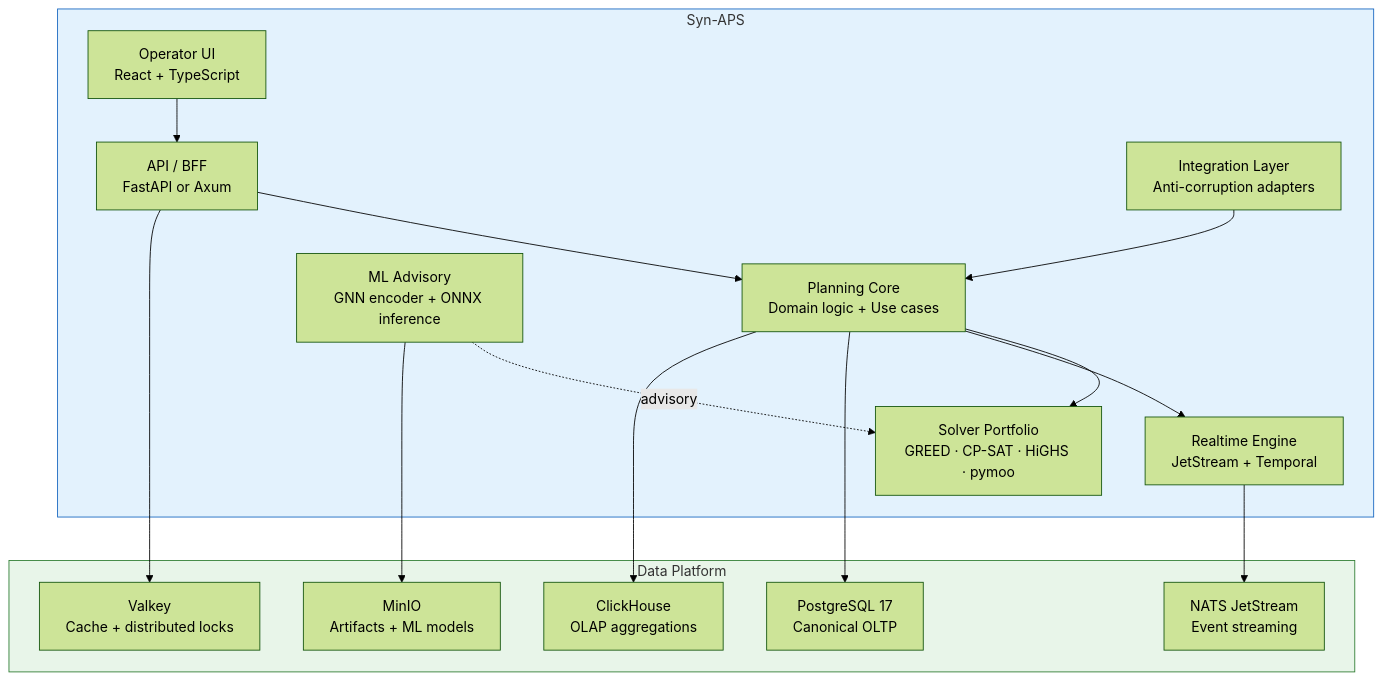
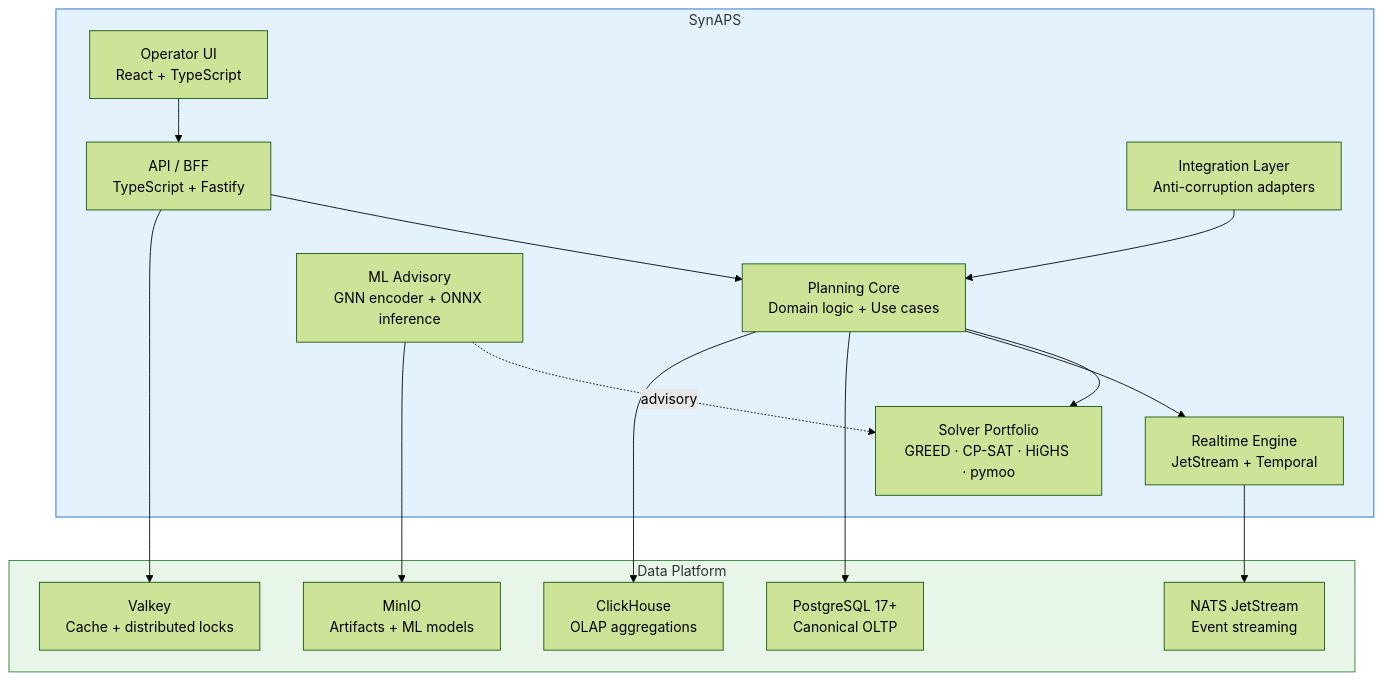
One commit to KonkovDV/SynAPS changed the second of 3 diagrams in docs/architecture/01_OVERVIEW.md. Above: the diagram before and after it, drawn with Mermaid (forest theme). The commit also changed other lines of this file and 174 other files, not shown here.

````diff
--- a/docs/architecture/01_OVERVIEW.md
+++ b/docs/architecture/01_OVERVIEW.md
@@ -45,35 +45,35 @@
 ```mermaid
 graph TB
-    subgraph SynAPS["Syn-APS"]
+    subgraph SynAPS["SynAPS"]
         UI["Operator UI<br/>React + TypeScript"]
-        BFF["API / BFF<br/>FastAPI or Axum"]
+        BFF["API / BFF<br/>TypeScript + Fastify"]
         CORE["Planning Core<br/>Domain logic + Use cases"]
         OPT["Solver Portfolio<br/>GREED · CP-SAT · HiGHS · pymoo"]
         RT["Realtime Engine<br/>JetStream + Temporal"]
         INT["Integration Layer<br/>Anti-corruption adapters"]
         ML["ML Advisory<br/>GNN encoder + ONNX inference"]
     end
 
     subgraph Data["Data Platform"]
-        PG["PostgreSQL 17<br/>Canonical OLTP"]
+        PG["PostgreSQL 17+<br/>Canonical OLTP"]
         CH["ClickHouse<br/>OLAP aggregations"]
         NATS["NATS JetStream<br/>Event streaming"]
         CACHE["Valkey<br/>Cache + distributed locks"]
         OBJ["MinIO<br/>Artifacts + ML models"]
     end
 
     UI --> BFF
     BFF --> CORE
     CORE --> OPT
     CORE --> RT
     ML -.->|advisory| OPT
     INT --> CORE
     CORE --> PG
     RT --> NATS
     CORE --> CH
     ML --> OBJ
     BFF --> CACHE
 
     style SynAPS fill:#e3f2fd,stroke:#1565c0
     style Data fill:#e8f5e9,stroke:#2e7d32
 ```
````
